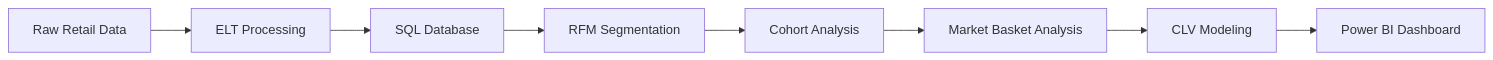
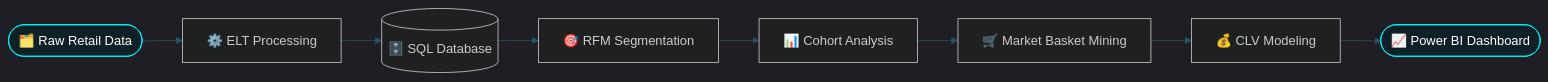
One commit to Riddhis2226/Consumer-360 changed the diagram in README.md. Above: the diagram before and after it, drawn with Mermaid. The commit also changed other lines of this file, not shown here.

````diff
--- a/README.md
+++ b/README.md
@@ -101,10 +66,14 @@
 ```mermaid
-graph LR
-A[Raw Retail Data] --> B[ELT Processing]
-B --> C[SQL Database]
-C --> D[RFM Segmentation]
-D --> E[Cohort Analysis]
-E --> F[Market Basket Analysis]
-F --> G[CLV Modeling]
-G --> H[Power BI Dashboard]
+%%{init: {'theme':'dark', 'themeVariables': {'primaryColor':'#0F2027','primaryTextColor':'#00F7FF','primaryBorderColor':'#00F7FF','lineColor':'#2C5364','secondaryColor':'#150458','tertiaryColor':'#1a1a2e'}}}%%
+flowchart LR
+    A(["🗂️ Raw Retail Data"]) --> B["⚙️ ELT Processing"]
+    B --> C[("🗄️ SQL Database")]
+    C --> D["🎯 RFM Segmentation"]
+    D --> E["📊 Cohort Analysis"]
+    E --> F["🛒 Market Basket Mining"]
+    F --> G["💰 CLV Modeling"]
+    G --> H(["📈 Power BI Dashboard"])
+
+    style A fill:#0F2027,stroke:#00F7FF,color:#fff
+    style H fill:#0F2027,stroke:#00F7FF,color:#fff
 ```
````
